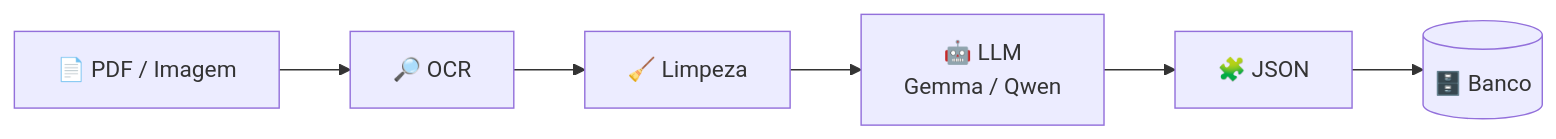
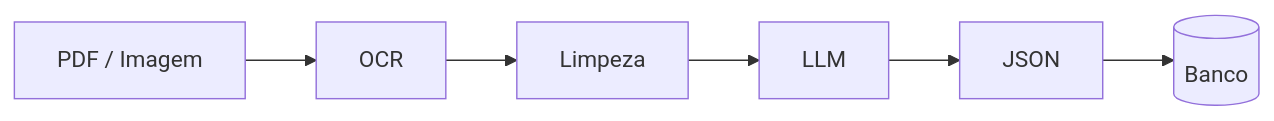
Before and after one commit to josemateusferreira/josemateusferreira: the diagram in README.md, drawn with Mermaid. The commit also changed other lines of this file, not shown here.

````diff
--- a/README.md
+++ b/README.md
@@ -68,8 +52,4 @@
 ```mermaid
 flowchart LR
-    A[📄 PDF / Imagem] --> B[🔎 OCR]
-    B --> C[🧹 Limpeza]
-    C --> D[🤖 LLM<br/>Gemma / Qwen]
-    D --> E[🧩 JSON]
-    E --> F[(🗄️ Banco)]
+    A[PDF / Imagem] --> B[OCR] --> C[Limpeza] --> D[LLM] --> E[JSON] --> F[(Banco)]
 ```
````
